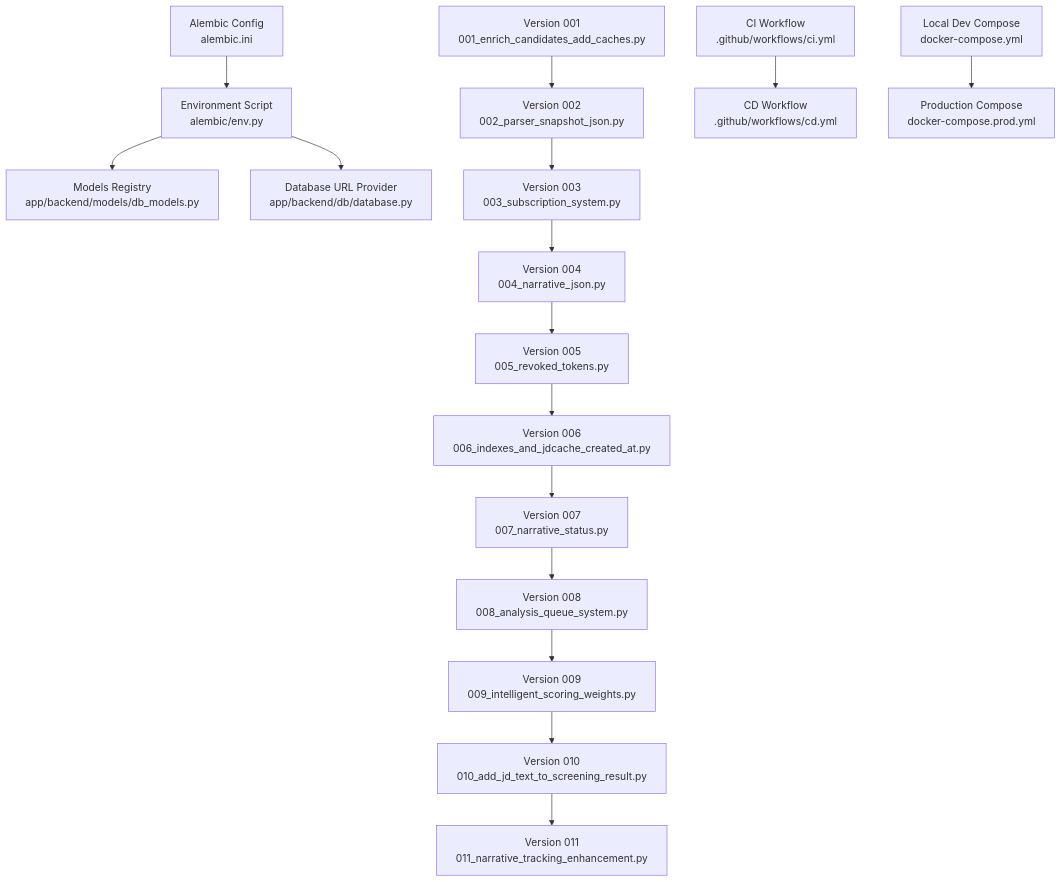
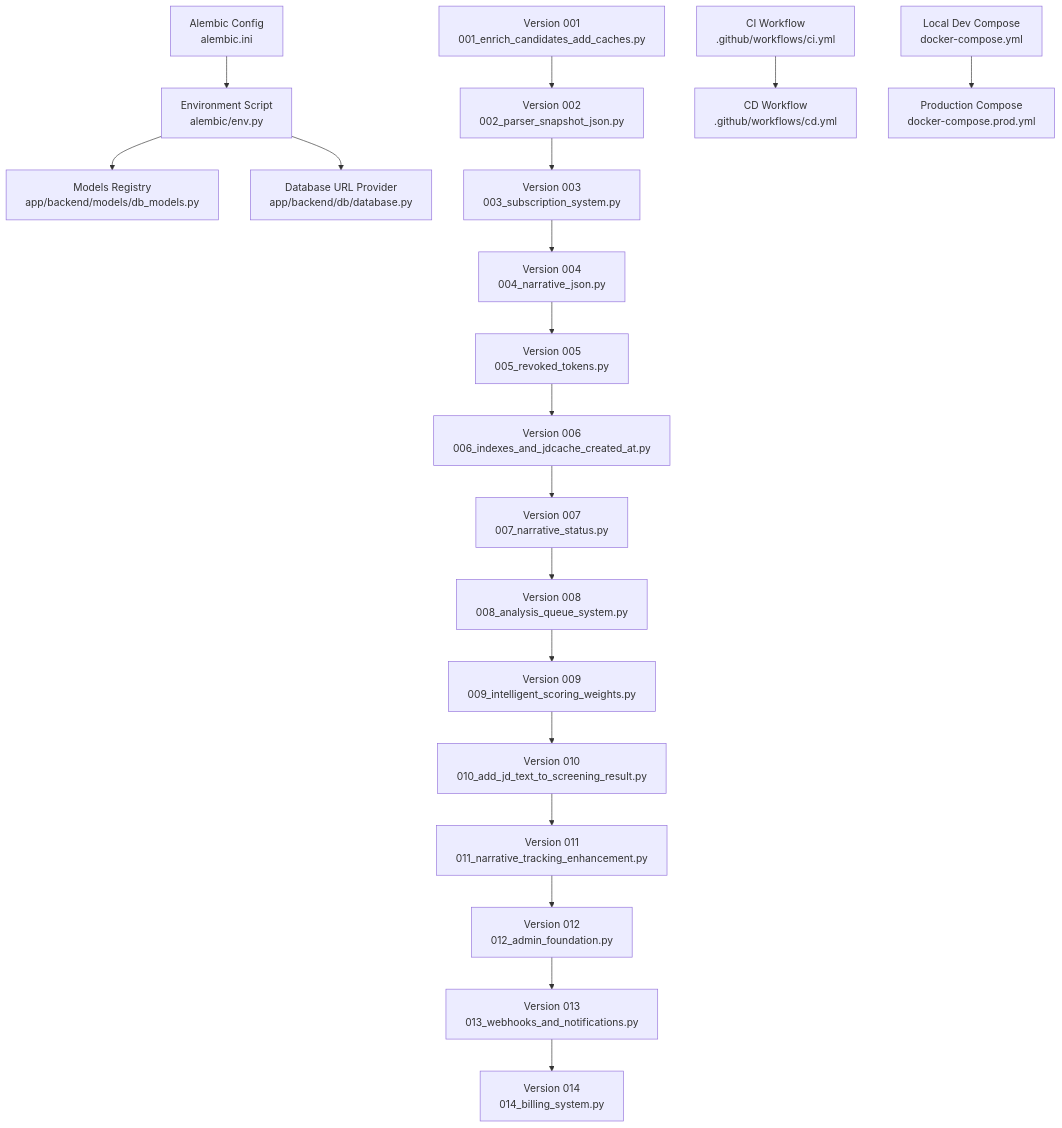
The first of 13 diagrams in .qoder/repowiki/en/content/Database Design/Migration Management.md (Revanththetalogics/aireume), drawn with Mermaid before and after one commit. The commit also changed other lines of this file and 4 other files, not shown here.

````diff
--- a/.qoder/repowiki/en/content/Database Design/Migration Management.md
+++ b/.qoder/repowiki/en/content/Database Design/Migration Management.md
@@ -56,18 +61,21 @@
 ```mermaid
 graph TB
 A["Alembic Config<br/>alembic.ini"] --> B["Environment Script<br/>alembic/env.py"]
 B --> C["Models Registry<br/>app/backend/models/db_models.py"]
 B --> D["Database URL Provider<br/>app/backend/db/database.py"]
 E["Version 001<br/>001_enrich_candidates_add_caches.py"] --> F["Version 002<br/>002_parser_snapshot_json.py"]
 F --> G["Version 003<br/>003_subscription_system.py"]
 G --> H["Version 004<br/>004_narrative_json.py"]
 H --> I["Version 005<br/>005_revoked_tokens.py"]
 I --> J["Version 006<br/>006_indexes_and_jdcache_created_at.py"]
 J --> K["Version 007<br/>007_narrative_status.py"]
 K --> L["Version 008<br/>008_analysis_queue_system.py"]
 L --> M["Version 009<br/>009_intelligent_scoring_weights.py"]
 M --> N["Version 010<br/>010_add_jd_text_to_screening_result.py"]
 N --> O["Version 011<br/>011_narrative_tracking_enhancement.py"]
-P["CI Workflow<br/>.github/workflows/ci.yml"] --> Q["CD Workflow<br/>.github/workflows/cd.yml"]
-R["Local Dev Compose<br/>docker-compose.yml"] --> S["Production Compose<br/>docker-compose.prod.yml"]
+O --> P["Version 012<br/>012_admin_foundation.py"]
+P --> Q["Version 013<br/>013_webhooks_and_notifications.py"]
+Q --> R["Version 014<br/>014_billing_system.py"]
+S["CI Workflow<br/>.github/workflows/ci.yml"] --> T["CD Workflow<br/>.github/workflows/cd.yml"]
+U["Local Dev Compose<br/>docker-compose.yml"] --> V["Production Compose<br/>docker-compose.prod.yml"]
 ```
````
